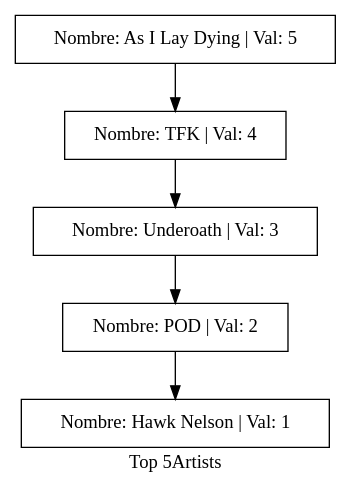
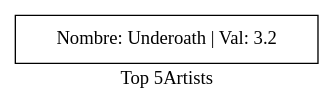
One commit to ricardcutzh/EDD_Junio changed the diagram in Practicas/build-Practica1_Biblioteca_Musica-Desktop_Qt_5_9_0_MinGW_32bit-Debug/topArtist.dot. Above: the diagram before and after it, drawn with Graphviz. The commit also changed 17 other files, not shown here.

```diff
--- a/Practicas/build-Practica1_Biblioteca_Musica-Desktop_Qt_5_9_0_MinGW_32bit-Debug/topArtist.dot
+++ b/Practicas/build-Practica1_Biblioteca_Musica-Desktop_Qt_5_9_0_MinGW_32bit-Debug/topArtist.dot
@@ -1,9 +1,5 @@
 digraph top{
 node [shape=box];
 label="Top 5Artists";
-"Nombre: As I Lay Dying | Val: 5"->"Nombre: TFK | Val: 4";
-"Nombre: TFK | Val: 4"->"Nombre: Underoath | Val: 3";
-"Nombre: Underoath | Val: 3"->"Nombre: POD | Val: 2";
-"Nombre: POD | Val: 2"->"Nombre: Hawk Nelson | Val: 1";
-"Nombre: Hawk Nelson | Val: 1";
+"Nombre: Underoath | Val: 3.2";
 }
```
